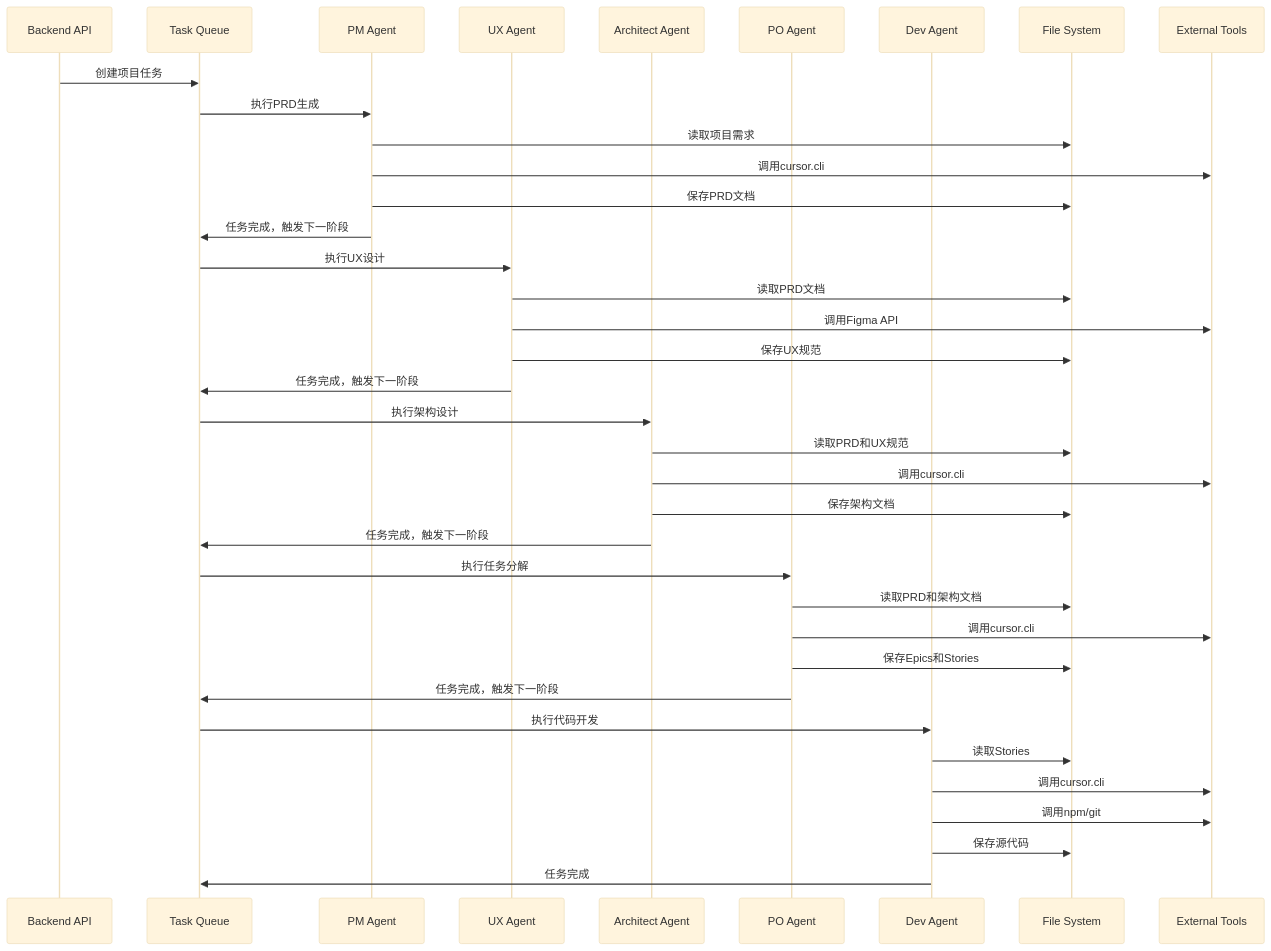
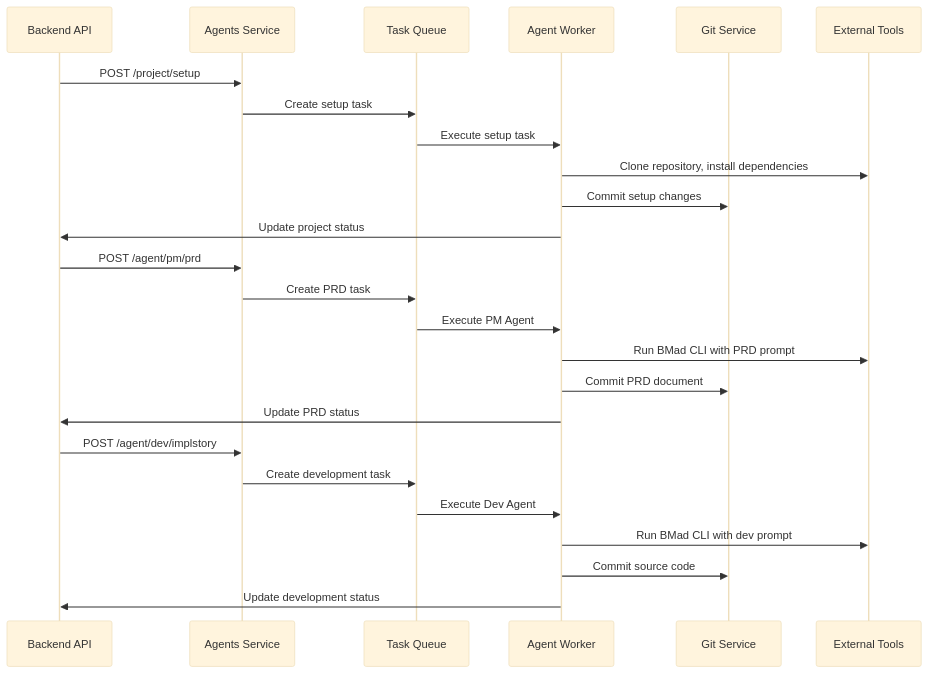
The second of 4 diagrams in agents/design/ARCHITECTURE.md (lighthought/app-maker), drawn with Mermaid (base theme) before and after one commit. The commit also changed other lines of this file and 18 other files, not shown here.

````diff
--- a/agents/design/ARCHITECTURE.md
+++ b/agents/design/ARCHITECTURE.md
@@ -631,44 +107,30 @@
 ```mermaid
 sequenceDiagram
     participant Backend as Backend API
+    participant Agents as Agents Service
     participant Queue as Task Queue
-    participant PM as PM Agent
-    participant UX as UX Agent
-    participant ARCH as Architect Agent
-    participant PO as PO Agent
-    participant DEV as Dev Agent
-    participant FS as File System
+    participant Agent as Agent Worker
+    participant Git as Git Service
     participant Tools as External Tools
 
-    Backend->>Queue: 创建项目任务
-    Queue->>PM: 执行PRD生成
-    PM->>FS: 读取项目需求
-    PM->>Tools: 调用cursor.cli
-    PM->>FS: 保存PRD文档
-    PM->>Queue: 任务完成，触发下一阶段
-    
-    Queue->>UX: 执行UX设计
-    UX->>FS: 读取PRD文档
-    UX->>Tools: 调用Figma API
-    UX->>FS: 保存UX规范
-    UX->>Queue: 任务完成，触发下一阶段
-    
-    Queue->>ARCH: 执行架构设计
-    ARCH->>FS: 读取PRD和UX规范
-    ARCH->>Tools: 调用cursor.cli
-    ARCH->>FS: 保存架构文档
-    ARCH->>Queue: 任务完成，触发下一阶段
-    
-    Queue->>PO: 执行任务分解
-    PO->>FS: 读取PRD和架构文档
-    PO->>Tools: 调用cursor.cli
-    PO->>FS: 保存Epics和Stories
-    PO->>Queue: 任务完成，触发下一阶段
-    
-    Queue->>DEV: 执行代码开发
-    DEV->>FS: 读取Stories
-    DEV->>Tools: 调用cursor.cli
-    DEV->>Tools: 调用npm/git
-    DEV->>FS: 保存源代码
-    DEV->>Queue: 任务完成
+    Backend->>Agents: POST /project/setup
+    Agents->>Queue: Create setup task
+    Queue->>Agent: Execute setup task
+    Agent->>Tools: Clone repository, install dependencies
+    Agent->>Git: Commit setup changes
+    Agent->>Backend: Update project status
+
+    Backend->>Agents: POST /agent/pm/prd
+    Agents->>Queue: Create PRD task
+    Queue->>Agent: Execute PM Agent
+    Agent->>Tools: Run BMad CLI with PRD prompt
+    Agent->>Git: Commit PRD document
+    Agent->>Backend: Update PRD status
+
+    Backend->>Agents: POST /agent/dev/implstory
+    Agents->>Queue: Create development task
+    Queue->>Agent: Execute Dev Agent
+    Agent->>Tools: Run BMad CLI with dev prompt
+    Agent->>Git: Commit source code
+    Agent->>Backend: Update development status
 ```
````
